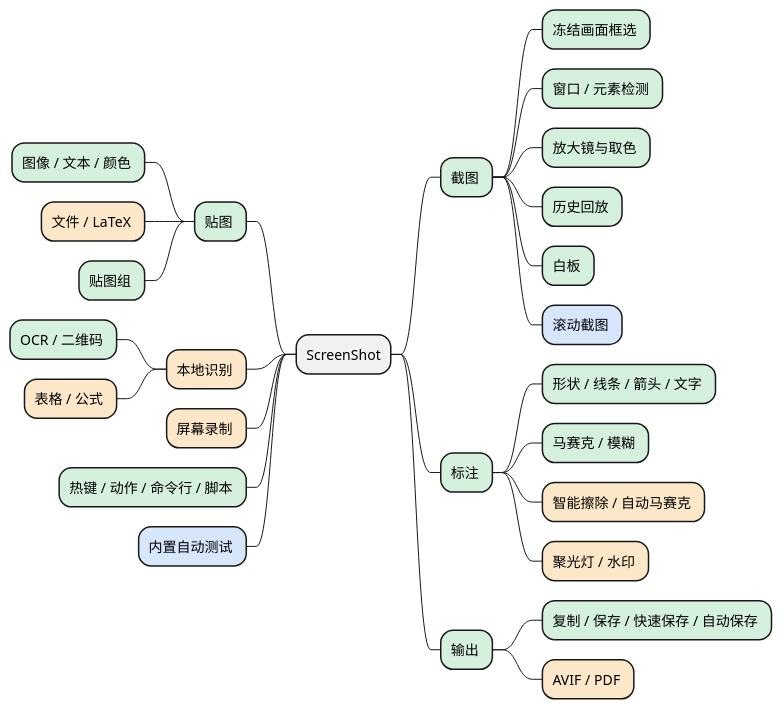
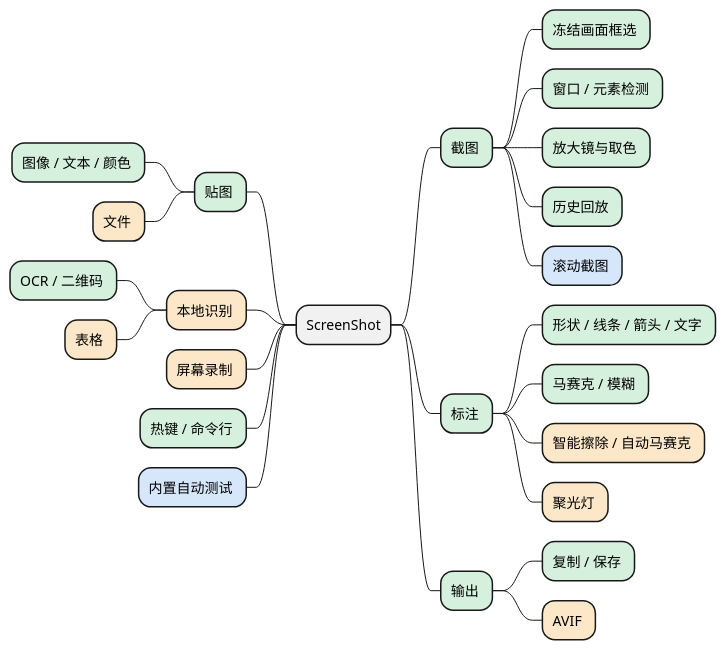
Before and after one commit to crvsrvn/ScreenShot: the first of 4 diagrams in docs/01-requirements.md, drawn with PlantUML. The commit also changed other lines of this file and 88 other files, not shown here.

````diff
--- a/docs/01-requirements.md
+++ b/docs/01-requirements.md
@@ -100,38 +99,36 @@
 ```plantuml caption="功能地图（颜色 = 主要来源）"
 @startmindmap
 <style>
 mindmapDiagram {
   .snip { BackgroundColor #D5F0DD }
   .pix  { BackgroundColor #FCE8C8 }
   .new  { BackgroundColor #D6E6FB }
 }
 </style>
 * ScreenShot
 ** 截图 <<snip>>
 *** 冻结画面框选 <<snip>>
 *** 窗口 / 元素检测 <<snip>>
 *** 放大镜与取色 <<snip>>
 *** 历史回放 <<snip>>
-*** 白板 <<snip>>
 *** 滚动截图 <<new>>
 ** 标注 <<snip>>
 *** 形状 / 线条 / 箭头 / 文字 <<snip>>
 *** 马赛克 / 模糊 <<snip>>
 *** 智能擦除 / 自动马赛克 <<pix>>
-*** 聚光灯 / 水印 <<pix>>
+*** 聚光灯 <<pix>>
 ** 输出 <<snip>>
-*** 复制 / 保存 / 快速保存 / 自动保存 <<snip>>
-*** AVIF / PDF <<pix>>
+*** 复制 / 保存 <<snip>>
+*** AVIF <<pix>>
 left side
 ** 贴图 <<snip>>
 *** 图像 / 文本 / 颜色 <<snip>>
-*** 文件 / LaTeX <<pix>>
-*** 贴图组 <<snip>>
+*** 文件 <<pix>>
 ** 本地识别 <<pix>>
 *** OCR / 二维码 <<snip>>
-*** 表格 / 公式 <<pix>>
+*** 表格 <<pix>>
 ** 屏幕录制 <<pix>>
-** 热键 / 动作 / 命令行 / 脚本 <<snip>>
+** 热键 / 命令行 <<snip>>
 ** 内置自动测试 <<new>>
 @endmindmap
 ```
````
